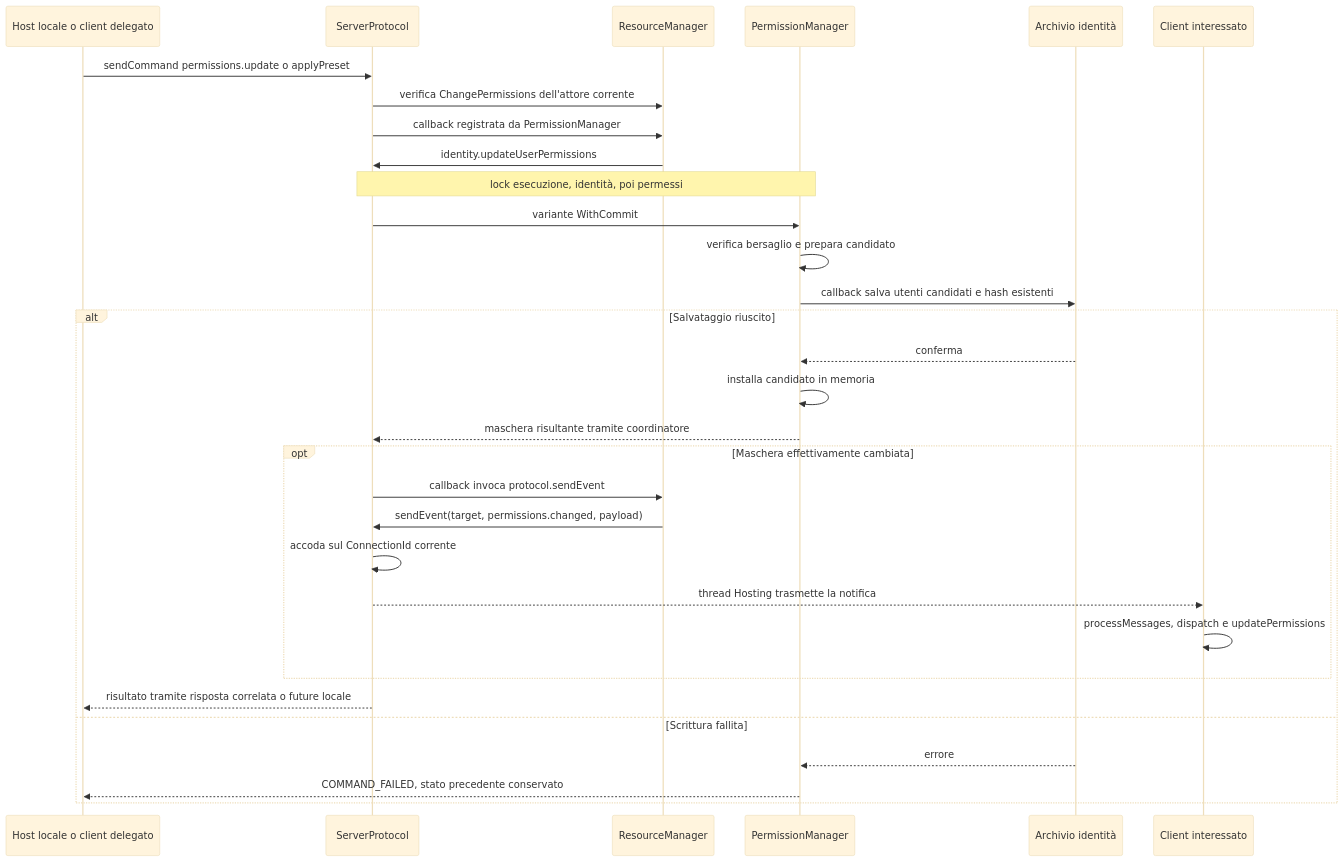
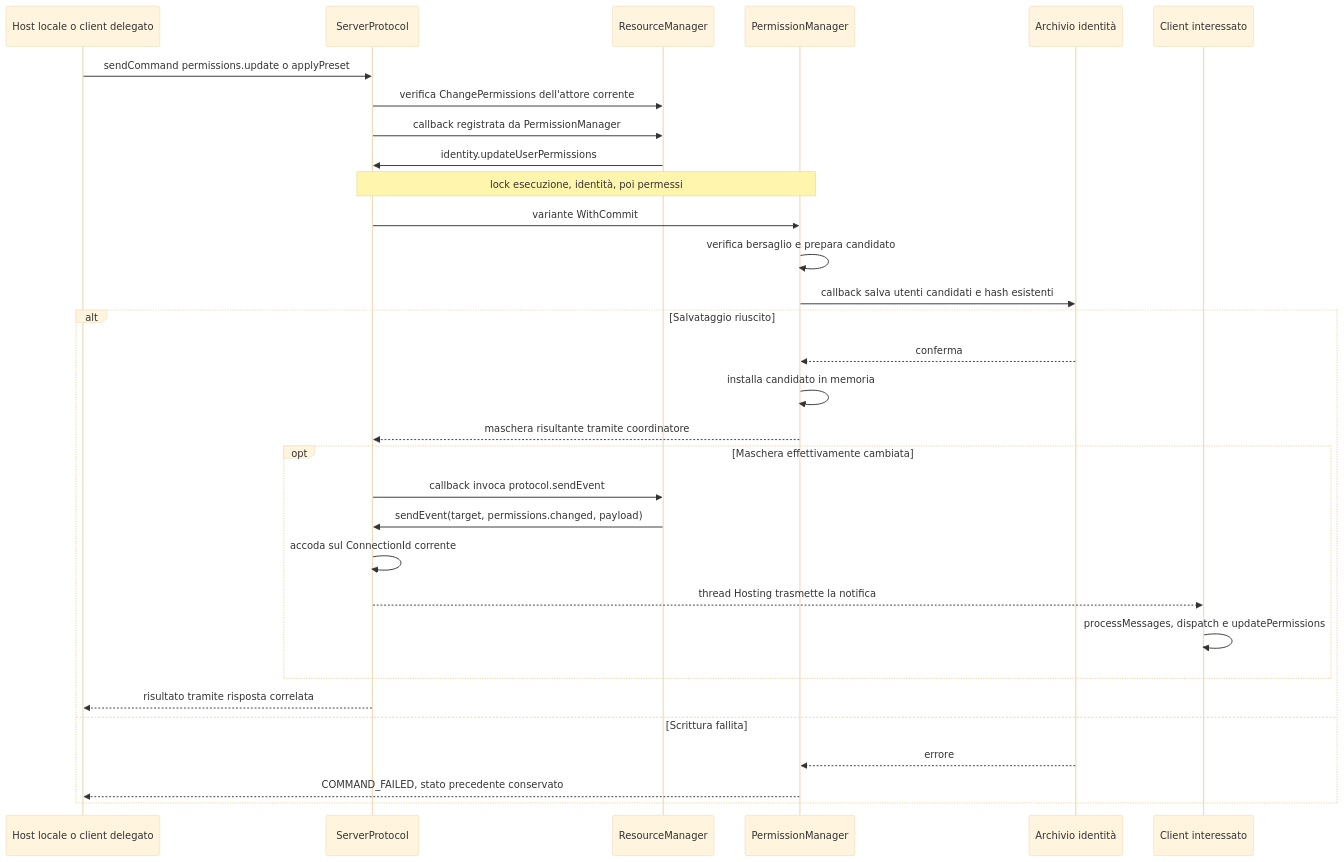
Before and after one commit to ForzaElettromotrice/GolarionHelper: the seventh of 9 diagrams in .context/session-flows.md, drawn with Mermaid (base theme). The commit also changed other lines of this file and 28 other files, not shown here.

````diff
--- a/.context/session-flows.md
+++ b/.context/session-flows.md
@@ -186,33 +185,33 @@
 ```mermaid
 sequenceDiagram
     participant App as Host locale o client delegato
     participant PM as ServerProtocol
     participant RM as ResourceManager
     participant P as PermissionManager
     participant F as Archivio identità
     participant Target as Client interessato
     App->>PM: sendCommand permissions.update o applyPreset
     PM->>RM: verifica ChangePermissions dell'attore corrente
     PM->>RM: callback registrata da PermissionManager
     RM->>PM: identity.updateUserPermissions
     Note over PM,P: lock esecuzione, identità, poi permessi
     PM->>P: variante WithCommit
     P->>P: verifica bersaglio e prepara candidato
     P->>F: callback salva utenti candidati e hash esistenti
     alt Salvataggio riuscito
         F-->>P: conferma
         P->>P: installa candidato in memoria
         P-->>PM: maschera risultante tramite coordinatore
         opt Maschera effettivamente cambiata
             PM->>RM: callback invoca protocol.sendEvent
             RM->>PM: sendEvent(target, permissions.changed, payload)
             PM->>PM: accoda sul ConnectionId corrente
             PM-->>Target: thread Hosting trasmette la notifica
             Target->>Target: processMessages, dispatch e updatePermissions
         end
-        PM-->>App: risultato tramite risposta correlata o future locale
+        PM-->>App: risultato tramite risposta correlata
     else Scrittura fallita
         F-->>P: errore
         P-->>App: COMMAND_FAILED, stato precedente conservato
     end
 ```
````
